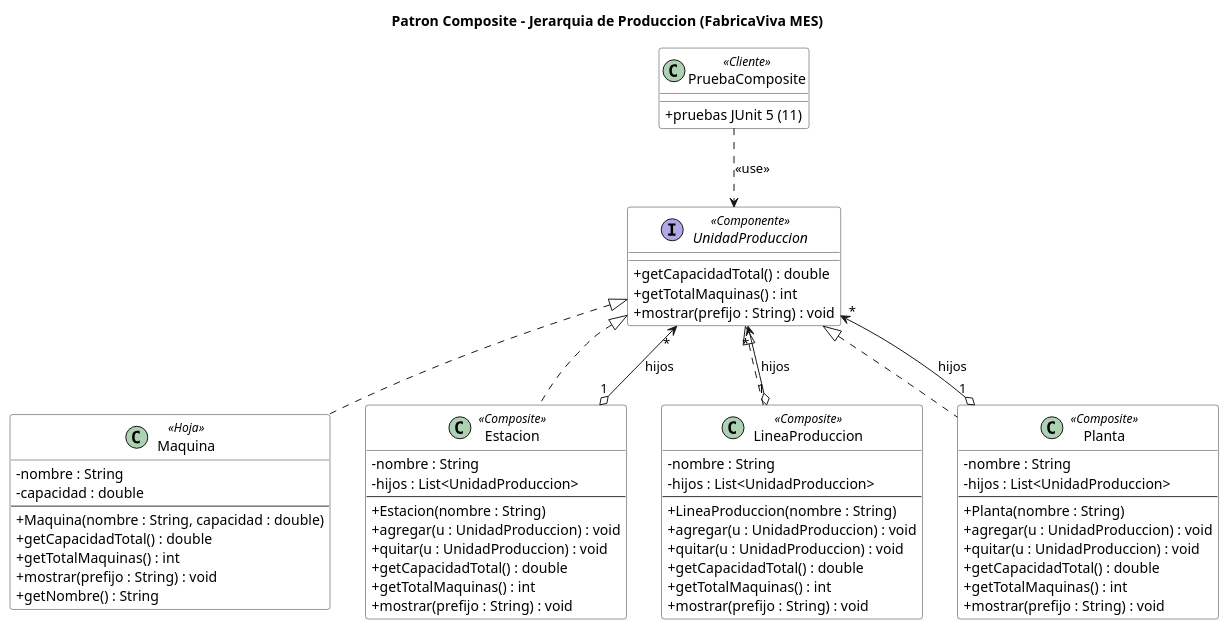
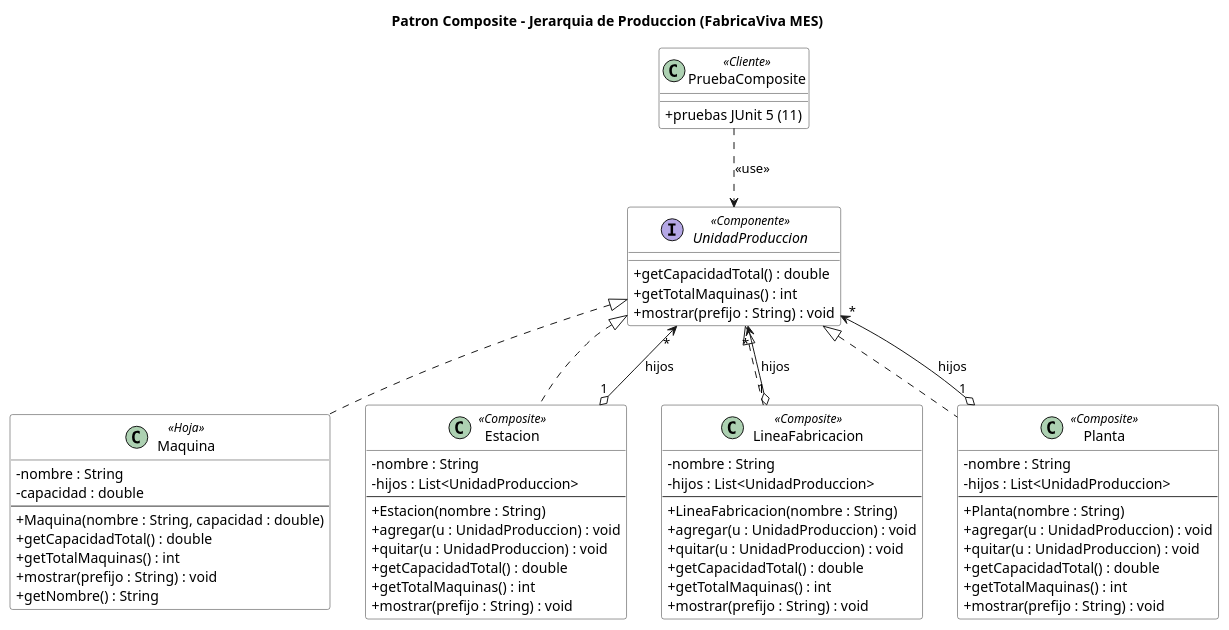
Before and after one commit to GabrielOrtega01/mes-production-system: the diagram in docs/uml/08-composite.puml, drawn with PlantUML. The commit also changed 3 other files, not shown here.

First line of the commit message:
Fix: restaurar LineaProduccion original y renombrar composite a LineaFabricacion

```diff
--- a/docs/uml/08-composite.puml
+++ b/docs/uml/08-composite.puml
@@ -1,82 +1,82 @@
 @startuml
 title Patron Composite - Jerarquia de Produccion (FabricaViva MES)
 
 skinparam classAttributeIconSize 0
 skinparam defaultFontName Arial
 skinparam class {
   BackgroundColor #FFFFFF
   BorderColor #333333
 }
 
 interface UnidadProduccion <<Componente>> {
   + getCapacidadTotal() : double
   + getTotalMaquinas() : int
   + mostrar(prefijo : String) : void
 }
 
 class Maquina <<Hoja>> {
   - nombre : String
   - capacidad : double
   --
   + Maquina(nombre : String, capacidad : double)
   + getCapacidadTotal() : double
   + getTotalMaquinas() : int
   + mostrar(prefijo : String) : void
   + getNombre() : String
 }
 
 class Estacion <<Composite>> {
   - nombre : String
   - hijos : List<UnidadProduccion>
   --
   + Estacion(nombre : String)
   + agregar(u : UnidadProduccion) : void
   + quitar(u : UnidadProduccion) : void
   + getCapacidadTotal() : double
   + getTotalMaquinas() : int
   + mostrar(prefijo : String) : void
 }
 
-class LineaProduccion <<Composite>> {
+class LineaFabricacion <<Composite>> {
   - nombre : String
   - hijos : List<UnidadProduccion>
   --
-  + LineaProduccion(nombre : String)
+  + LineaFabricacion(nombre : String)
   + agregar(u : UnidadProduccion) : void
   + quitar(u : UnidadProduccion) : void
   + getCapacidadTotal() : double
   + getTotalMaquinas() : int
   + mostrar(prefijo : String) : void
 }
 
 class Planta <<Composite>> {
   - nombre : String
   - hijos : List<UnidadProduccion>
   --
   + Planta(nombre : String)
   + agregar(u : UnidadProduccion) : void
   + quitar(u : UnidadProduccion) : void
   + getCapacidadTotal() : double
   + getTotalMaquinas() : int
   + mostrar(prefijo : String) : void
 }
 
 class PruebaComposite <<Cliente>> {
   + pruebas JUnit 5 (11)
 }
 
 ' Realizaciones
 UnidadProduccion <|.. Maquina
 UnidadProduccion <|.. Estacion
-UnidadProduccion <|.. LineaProduccion
+UnidadProduccion <|.. LineaFabricacion
 UnidadProduccion <|.. Planta
 
 ' Composicion recursiva
 Estacion       "1" o--> "*" UnidadProduccion : hijos
-LineaProduccion "1" o--> "*" UnidadProduccion : hijos
+LineaFabricacion "1" o--> "*" UnidadProduccion : hijos
 Planta          "1" o--> "*" UnidadProduccion : hijos
 
 ' Cliente
 PruebaComposite ..> UnidadProduccion : <<use>>
 
 @enduml
```
